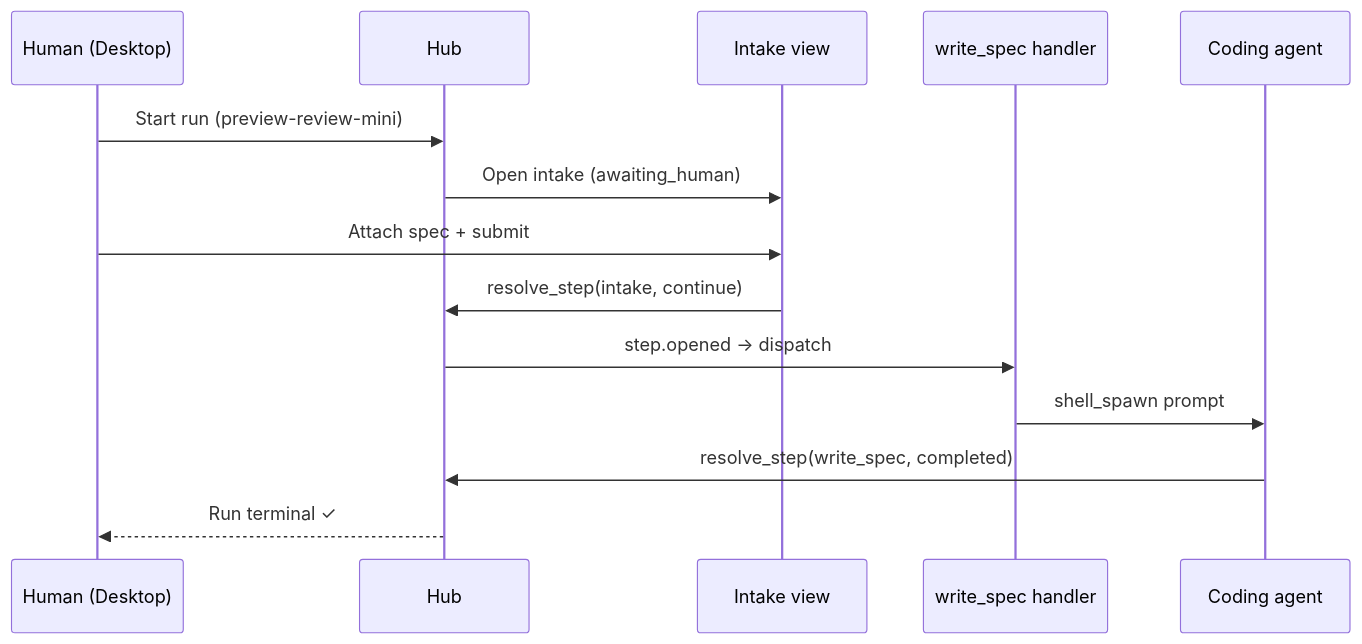
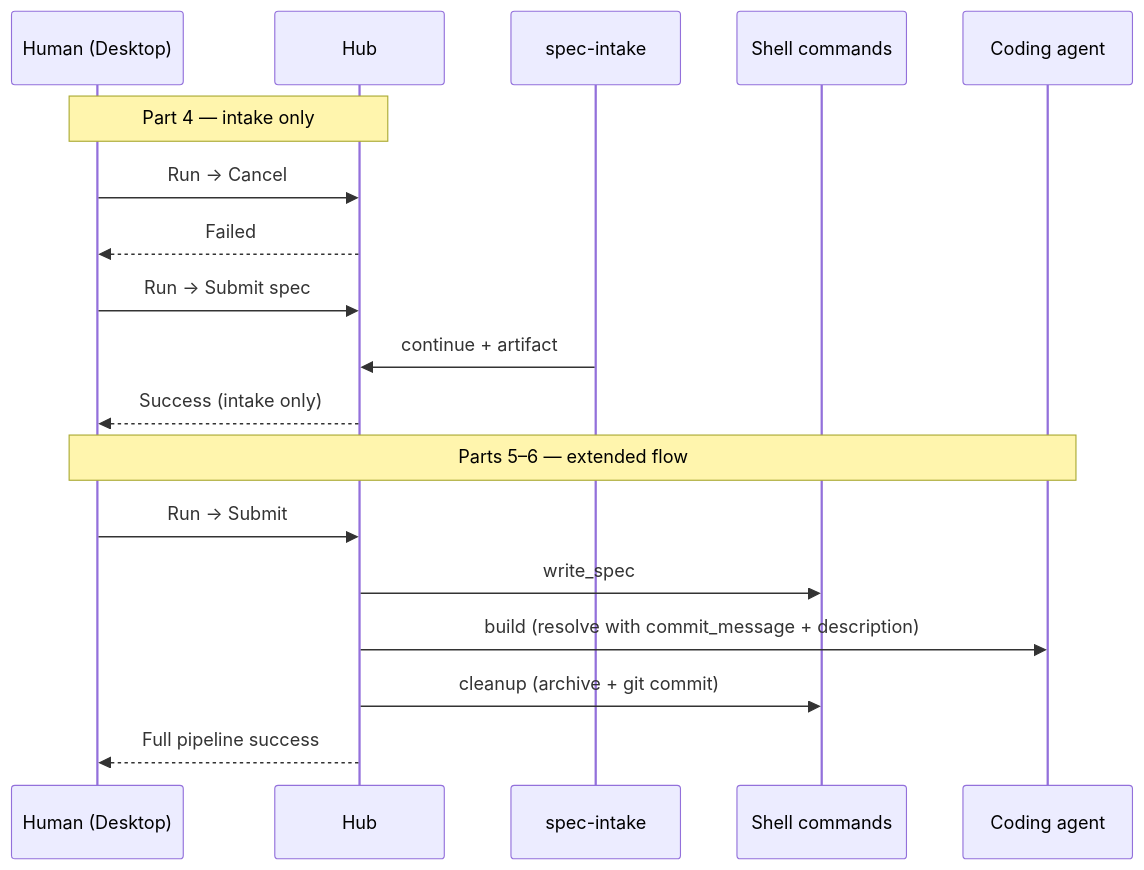
The diagram in apps/docs/guide/tutorials/01-local-preview-review-v3/index.md (gael-boyenval/murrmure), drawn with Mermaid before and after one commit. The commit also changed other lines of this file and 163 other files, not shown here.

````diff
--- a/apps/docs/guide/tutorials/01-local-preview-review-v3/index.md
+++ b/apps/docs/guide/tutorials/01-local-preview-review-v3/index.md
@@ -32,17 +35,22 @@
 ```mermaid
 sequenceDiagram
   participant Human as Human (Desktop)
   participant Hub as Hub
-  participant View as Intake view
-  participant Handler as write_spec handler
+  participant View as spec-intake
+  participant Cmd as Shell commands
   participant Agent as Coding agent
 
-  Human->>Hub: Start run (preview-review-mini)
-  Hub->>View: Open intake (awaiting_human)
-  Human->>View: Attach spec + submit
-  View->>Hub: resolve_step(intake, continue)
-  Hub->>Handler: step.opened → dispatch
-  Handler->>Agent: shell_spawn prompt
-  Agent->>Hub: resolve_step(write_spec, completed)
-  Hub-->>Human: Run terminal ✓
+  Note over Human,Hub: Part 4 — intake only
+  Human->>Hub: Run → Cancel
+  Hub-->>Human: Failed
+  Human->>Hub: Run → Submit spec
+  View->>Hub: continue + artifact
+  Hub-->>Human: Success (intake only)
+
+  Note over Human,Agent: Parts 5–6 — extended flow
+  Human->>Hub: Run → Submit
+  Hub->>Cmd: write_spec
+  Hub->>Agent: build (resolve with commit_message + description)
+  Hub->>Cmd: cleanup (archive + git commit)
+  Hub-->>Human: Full pipeline success
 ```
````
